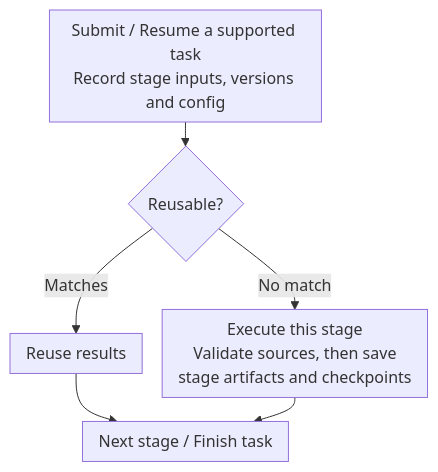
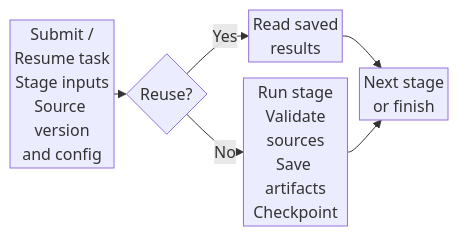
Before and after one commit to GTJasonMK/A4N: diagram 18 of 18 in README.en.md, drawn with Mermaid. The commit also changed other lines of this file and 2 other files, not shown here.

````diff
--- a/README.en.md
+++ b/README.en.md
@@ -397,14 +404,14 @@
 ```mermaid
 ---
 config:
-  flowchart: { nodeSpacing: 20, rankSpacing: 24, padding: 8, wrappingWidth: 240 }
+  flowchart: { nodeSpacing: 16, rankSpacing: 12, padding: 2, wrappingWidth: 96 }
 ---
-flowchart TB
+flowchart LR
   accTitle: Checkpoint recovery and source-version protection
   accDescr: Recovery-capable workflows check input identities per stage. Matching completed results may be reused; otherwise the current stage executes. Successful work passes that stage's write checks, persists results and moves on or finishes. Failures and cancellations retain explicit status; results are not all deferred until the end.
-  request["Submit / Resume a supported task<br/>Record stage inputs, versions and config"] --> checkpoint{"Reusable?"}
-  checkpoint -->|Matches| reuse["Reuse results"]
-  checkpoint -->|No match| run["Execute this stage<br/>Validate sources, then save<br/>stage artifacts and checkpoints"]
-  reuse --> next["Next stage / Finish task"]
+  request["Submit /<br/>Resume task<br/>Stage inputs<br/>Source version<br/>and config"] --> checkpoint{"Reuse?"}
+  checkpoint -->|Yes| reuse["Read saved<br/>results"]
+  checkpoint -->|No| run["Run stage<br/>Validate<br/>sources<br/>Save artifacts<br/>Checkpoint"]
+  reuse --> next["Next stage<br/>or finish"]
   run --> next
 ```
````
